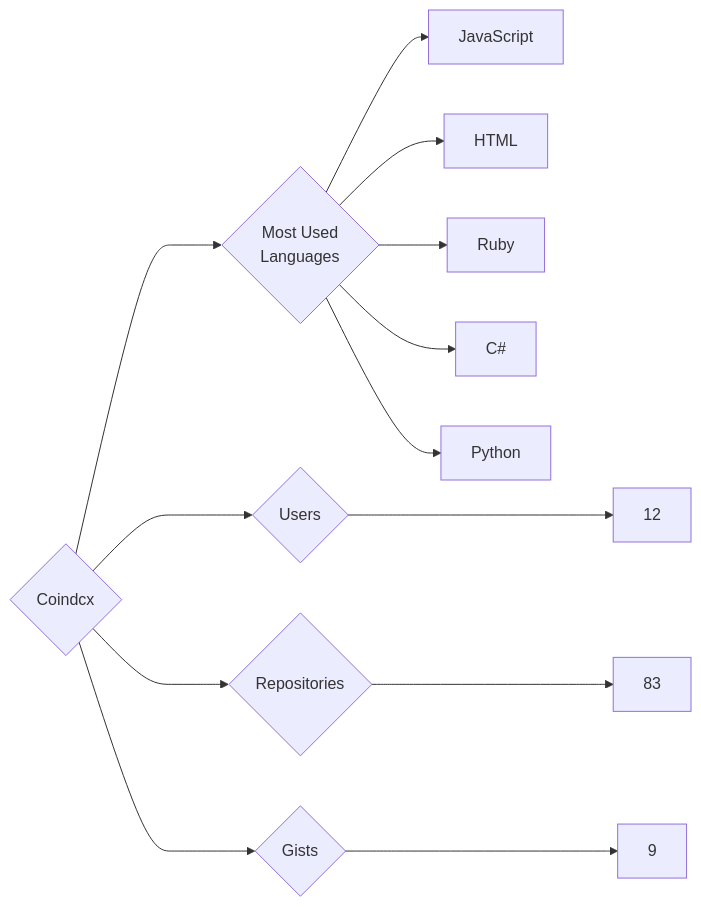
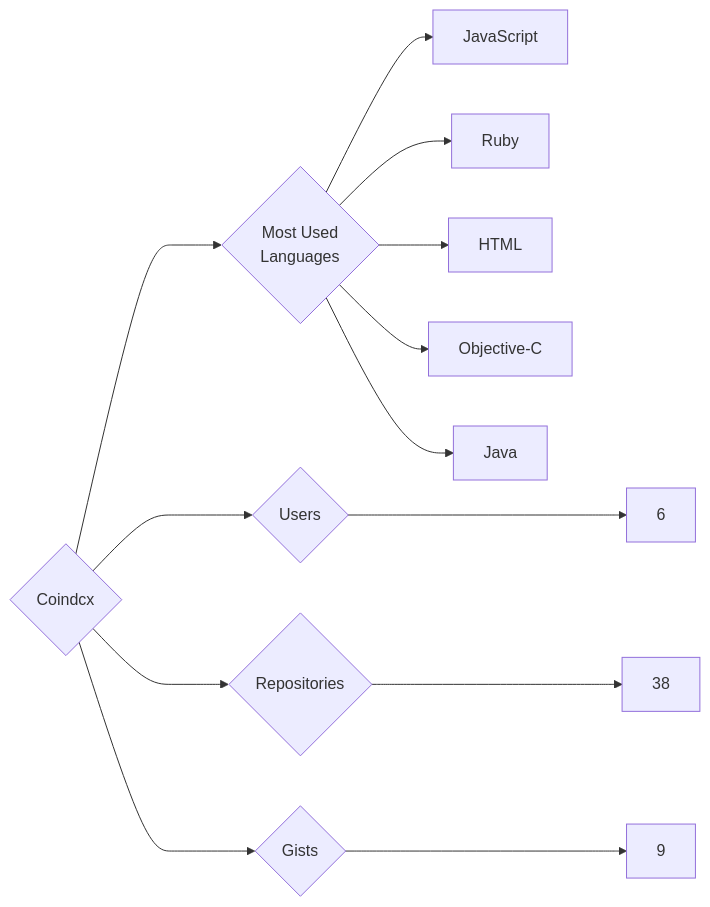
One commit to trickest/insiders changed the diagram in targets/Coindcx/README.md. Above: the diagram before and after it, drawn with Mermaid. The commit also changed 1314 other files, not shown here.

````diff
--- a/targets/Coindcx/README.md
+++ b/targets/Coindcx/README.md
@@ -3,13 +3,13 @@
 ```mermaid
 graph LR
 COMPANY_NAME{Coindcx}
-COMPANY_NAME ---> U{Users} ---> UN[12]
-COMPANY_NAME ---> R{Repositories} ---> RN[83]
+COMPANY_NAME ---> U{Users} ---> UN[6]
+COMPANY_NAME ---> R{Repositories} ---> RN[38]
 COMPANY_NAME ---> G{Gists} ---> GN[9]
 COMPANY_NAME ---> ML{Most Used<br>Languages}
 ML --> JavaScript[JavaScript]
+ML --> Ruby[Ruby]
 ML --> HTML[HTML]
-ML --> Ruby[Ruby]
-ML --> C#[C#]
-ML --> Python[Python]
+ML --> Objective-C[Objective-C]
+ML --> Java[Java]
 ```
````
